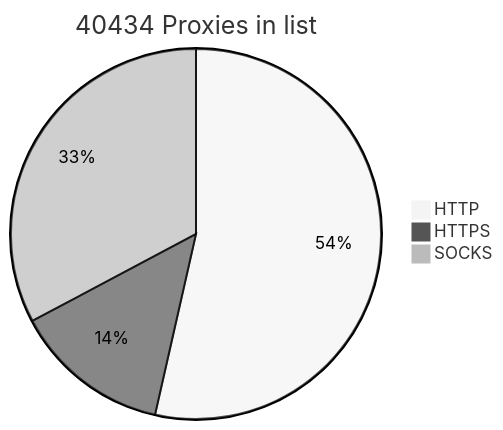
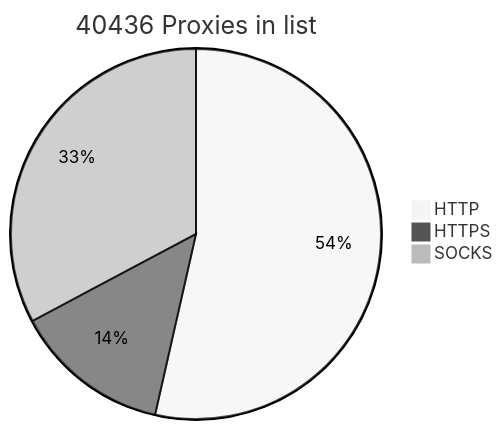
The diagram in README.md (BlackSnowDot/proxylist-update-every-minute), drawn with Mermaid (neutral theme) before and after one commit.

````diff
--- a/README.md
+++ b/README.md
@@ -2,6 +2,6 @@
 ```mermaid
-pie title 40434 Proxies in list
+pie title 40436 Proxies in list
     "HTTP" : 24276
     "HTTPS": 6202
-    "SOCKS" : 14855
+    "SOCKS" : 14857
 ```
````
